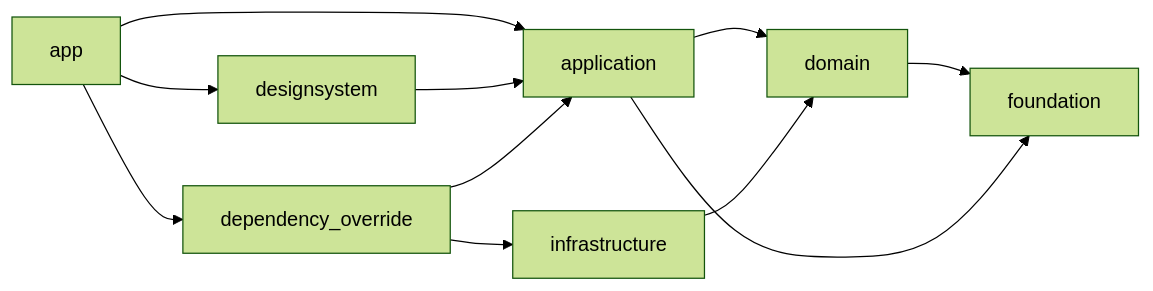
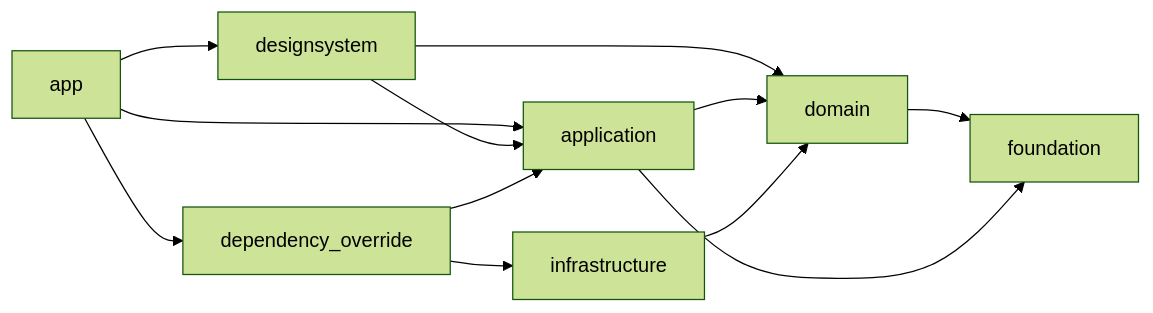
One commit to yakitama5/material_github_searcher changed the diagram in docs/ARCHITECTURE.md. Above: the diagram before and after it, drawn with Mermaid (forest theme). The commit also changed other lines of this file and 18 other files, not shown here.

````diff
--- a/docs/ARCHITECTURE.md
+++ b/docs/ARCHITECTURE.md
@@ -11,13 +11,14 @@
 ```mermaid
 flowchart LR
   app --> designsystem
   app --> application
   app --> dependency_override
   designsystem --> application
+  designsystem --> domain
   application --> domain
   dependency_override --> application
   dependency_override --> infrastructure
   infrastructure --> domain
   domain --> foundation
   application --> foundation
 ```
````
